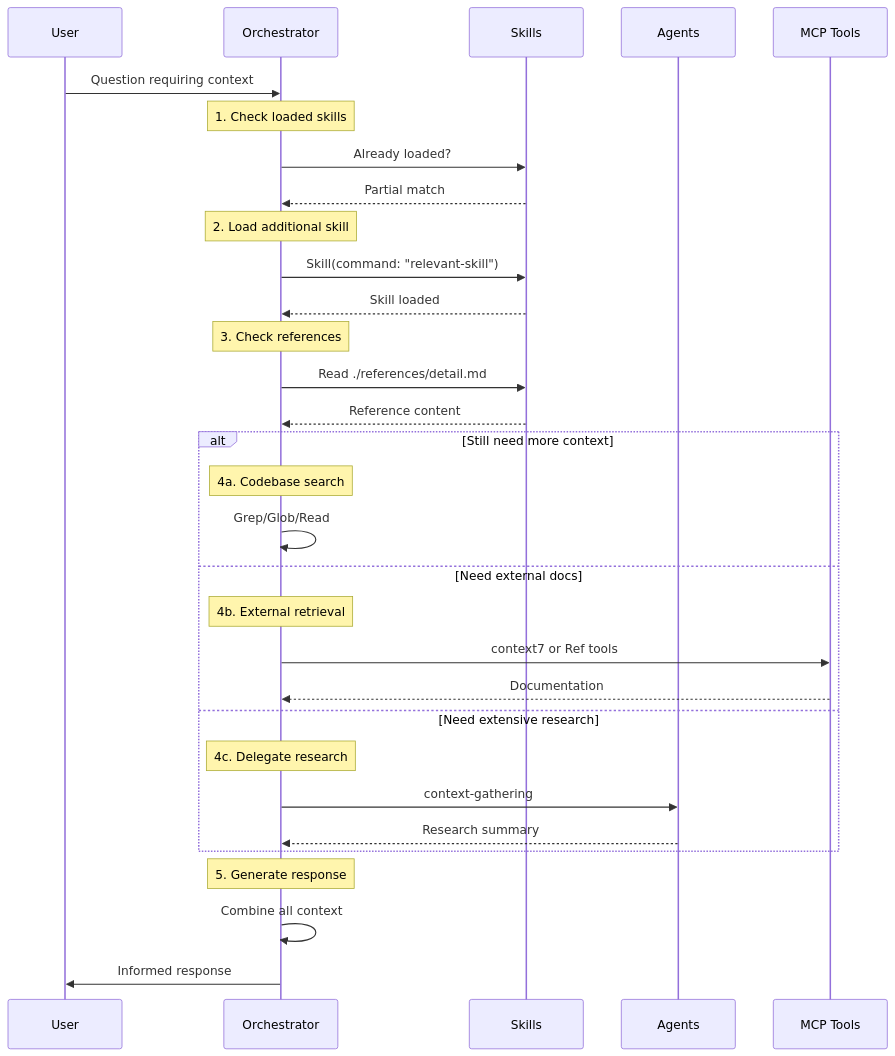
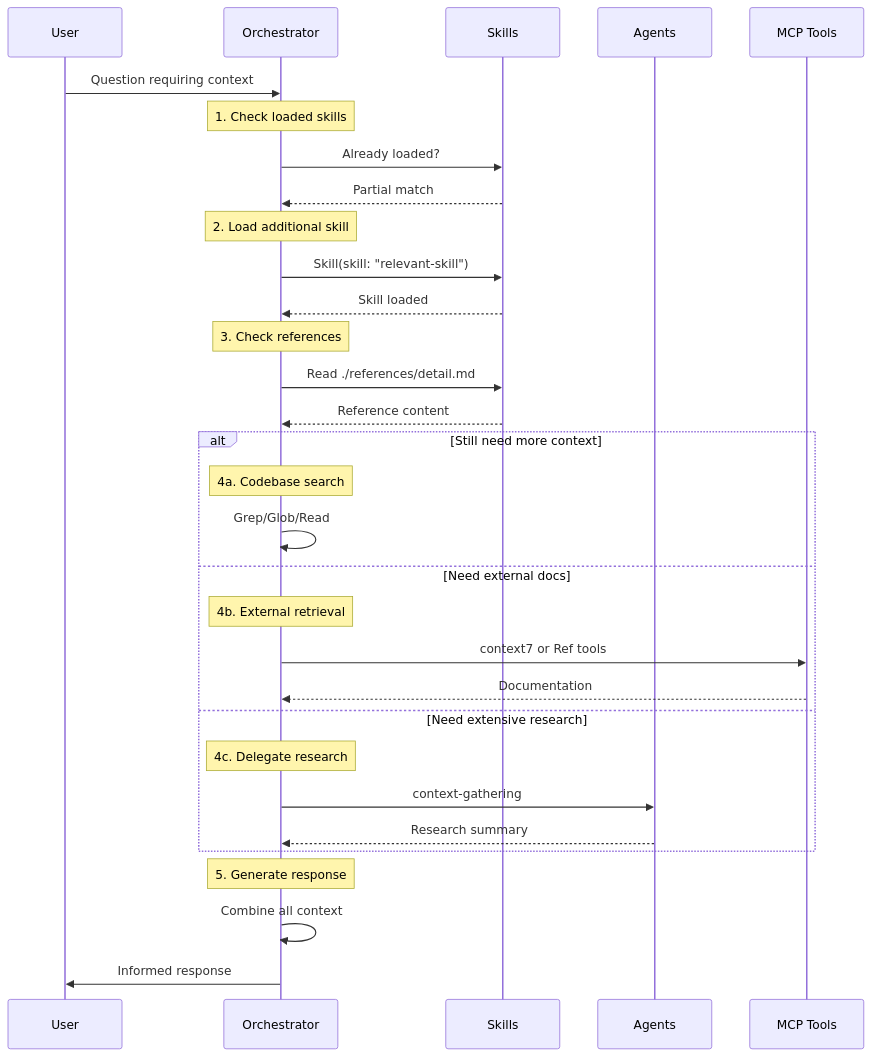
Before and after one commit to chgreer1070/claude_skills: the seventh of 12 diagrams in .claude/knowledge/workflow-diagrams/rag-retrieval-pattern.md, drawn with Mermaid. The commit also changed 66 other files, not shown here.

First line of the commit message:
refactor: rename Skill(command:) to Skill(skill:) across all docs

````diff
--- a/.claude/knowledge/workflow-diagrams/rag-retrieval-pattern.md
+++ b/.claude/knowledge/workflow-diagrams/rag-retrieval-pattern.md
@@ -184,39 +184,39 @@
 ```mermaid
 sequenceDiagram
     participant U as User
     participant O as Orchestrator
     participant SK as Skills
     participant AG as Agents
     participant MCP as MCP Tools
 
     U->>O: Question requiring context
 
     Note over O: 1. Check loaded skills
     O->>SK: Already loaded?
     SK-->>O: Partial match
 
     Note over O: 2. Load additional skill
-    O->>SK: Skill(command: "relevant-skill")
+    O->>SK: Skill(skill: "relevant-skill")
     SK-->>O: Skill loaded
 
     Note over O: 3. Check references
     O->>SK: Read ./references/detail.md
     SK-->>O: Reference content
 
     alt Still need more context
         Note over O: 4a. Codebase search
         O->>O: Grep/Glob/Read
     else Need external docs
         Note over O: 4b. External retrieval
         O->>MCP: context7 or Ref tools
         MCP-->>O: Documentation
     else Need extensive research
         Note over O: 4c. Delegate research
         O->>AG: context-gathering
         AG-->>O: Research summary
     end
 
     Note over O: 5. Generate response
     O->>O: Combine all context
     O->>U: Informed response
 ```
````
